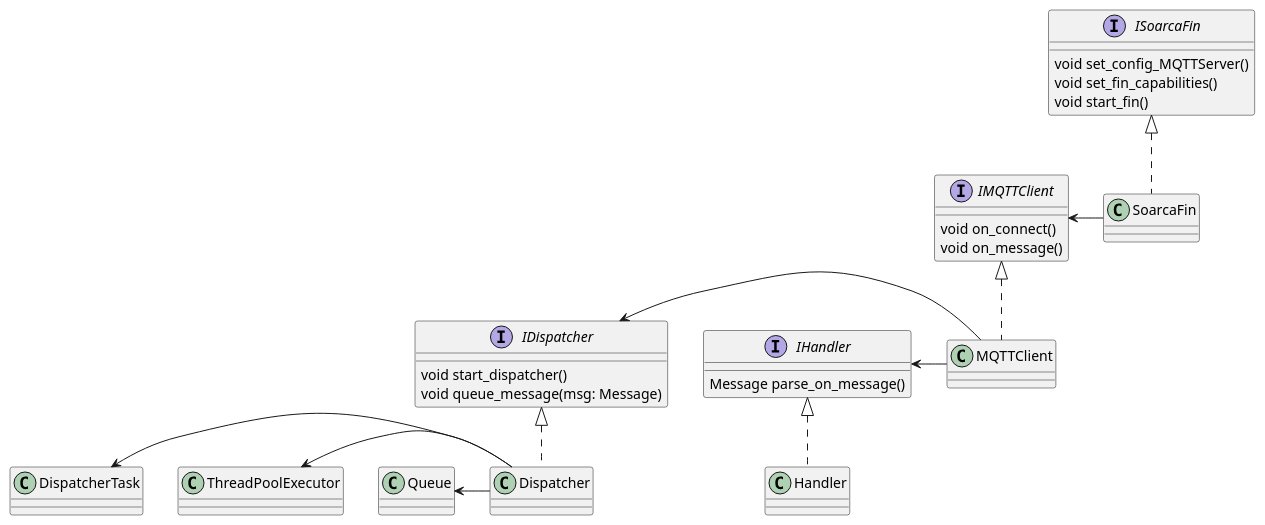
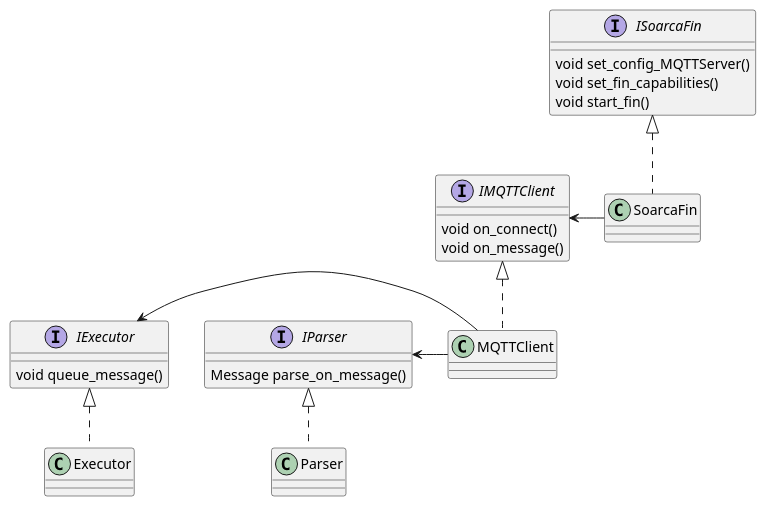
The diagram in img/class_overview.plantuml (COSSAS/SOARCA-FIN-python-library), drawn with PlantUML before and after one commit. The commit also changed 2 other files, not shown here.

Commit message:
Update plantUML figures

```diff
--- a/img/class_overview.plantuml
+++ b/img/class_overview.plantuml
@@ -1,43 +1,37 @@
 @startuml Soarca Fin
 
-interface IHandler {
+interface IParser {
  Message parse_on_message()
-}
-
-interface IDispatcher {
- void start_dispatcher()
- void queue_message(msg: Message)
 }
 
 interface IMQTTClient {
  void on_connect()
  void on_message()
 }
 
 interface ISoarcaFin {
  void set_config_MQTTServer()
  void set_fin_capabilities()
  void start_fin()
 }
 
+interface IExecutor {
+ void queue_message()
+}
+
+
 class SoarcaFin
 class MQTTClient
-class Handler
-class Dispatcher
-class DispatcherTask
-class ThreadPoolExecutor
-class Queue
+class Parser
+class Executor
 
-IHandler <|.. Handler
-IDispatcher <|.. Dispatcher
+ISoarcaFin <|.. SoarcaFin
 IMQTTClient <|.. MQTTClient
-ISoarcaFin <|.. SoarcaFin
+IParser <|.. Parser
+IExecutor <|.. Executor
 
 IMQTTClient <- SoarcaFin
-IDispatcher <- MQTTClient
-IHandler <- MQTTClient
-DispatcherTask <- Dispatcher
-ThreadPoolExecutor <- Dispatcher
-Queue <- Dispatcher
+IExecutor <- MQTTClient
+IParser <-MQTTClient
 
 @enduml
```
